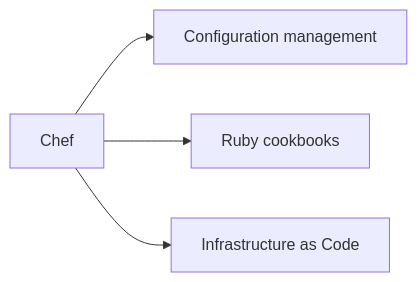
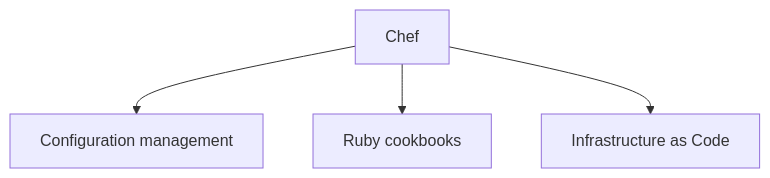
Before and after one commit to zyrass/omnydocs: the seventh of 30 diagrams in docs/glossaire/devsecops.md, drawn with Mermaid. The commit also changed other lines of this file and 1780 other files, not shown here.

````diff
--- a/docs/glossaire/devsecops.md
+++ b/docs/glossaire/devsecops.md
@@ -149,6 +179,6 @@
-    ```mermaid
-    graph LR
-        A[Chef] --> B[Configuration management]
-        A --> C[Ruby cookbooks]
-        A --> D[Infrastructure as Code]
-    ```
+```mermaid
+graph TB
+    A[Chef] --> B[Configuration management]
+    A --> C[Ruby cookbooks]
+    A --> D[Infrastructure as Code]
+```
````
